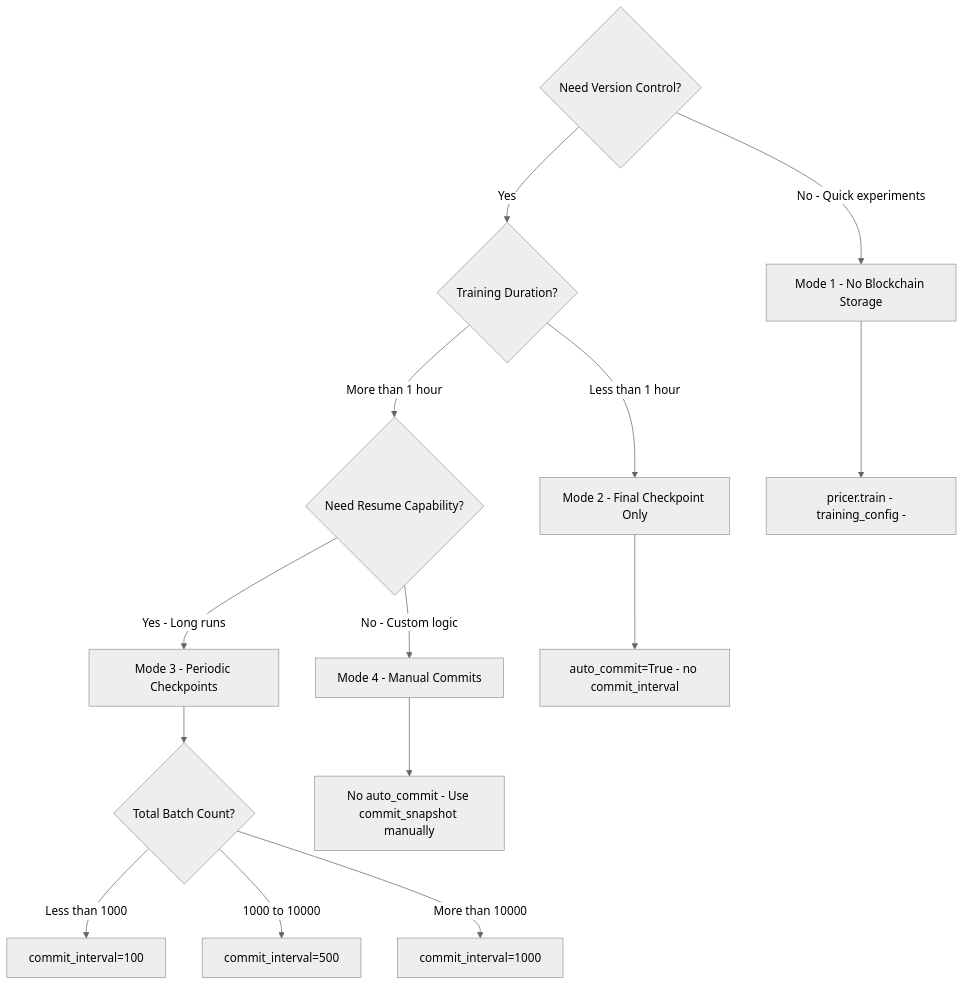
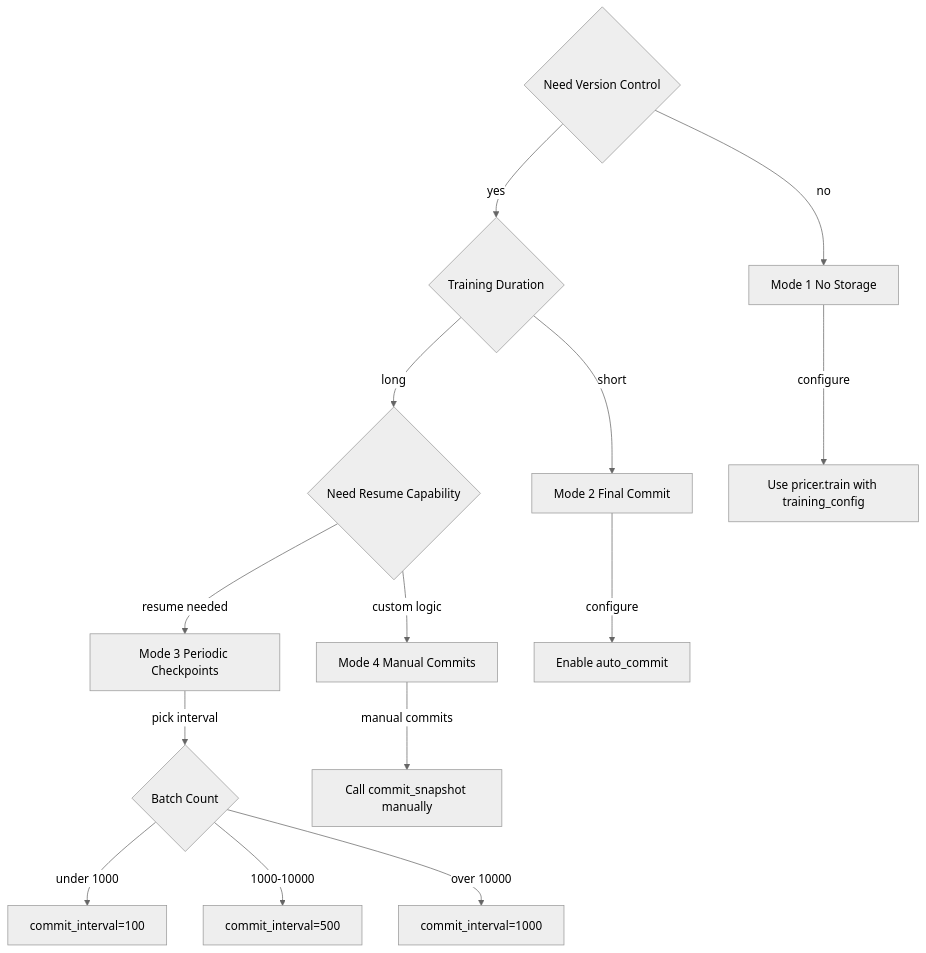
One commit to Tuee22/SpectralMC changed the second of 3 diagrams in documents/product/training_integration.md. Above: the diagram before and after it, drawn with Mermaid (neutral theme). The commit also changed other lines of this file and 28 other files, not shown here.

````diff
--- a/documents/product/training_integration.md
+++ b/documents/product/training_integration.md
@@ -166,27 +174,27 @@
 ```mermaid
 flowchart TB
-  Start{Need Version Control?}
-  Duration{Training Duration?}
-  Resume{Need Resume Capability?}
+  Start{Need Version Control}
+  Duration{Training Duration}
+  Resume{Need Resume Capability}
 
-  NoStore[Mode 1 - No Blockchain Storage]
-  FinalOnly[Mode 2 - Final Checkpoint Only]
-  Periodic[Mode 3 - Periodic Checkpoints]
-  Manual[Mode 4 - Manual Commits]
+  NoStore[Mode 1 No Storage]
+  FinalOnly[Mode 2 Final Commit]
+  Periodic[Mode 3 Periodic Checkpoints]
+  Manual[Mode 4 Manual Commits]
 
-  Start -->|No - Quick experiments| NoStore
-  Start -->|Yes| Duration
-  Duration -->|Less than 1 hour| FinalOnly
-  Duration -->|More than 1 hour| Resume
-  Resume -->|Yes - Long runs| Periodic
-  Resume -->|No - Custom logic| Manual
+  Start -->|no| NoStore
+  Start -->|yes| Duration
+  Duration -->|short| FinalOnly
+  Duration -->|long| Resume
+  Resume -->|resume needed| Periodic
+  Resume -->|custom logic| Manual
 
-  NoStore --> ConfigNoStore[pricer.train - training_config -]
-  FinalOnly --> ConfigFinal[auto_commit=True - no commit_interval]
-  Periodic --> ChooseInterval{Total Batch Count?}
-  Manual --> ConfigManual[No auto_commit - Use commit_snapshot manually]
+  NoStore -->|configure| ConfigNoStore[Use pricer.train with training_config]
+  FinalOnly -->|configure| ConfigFinal[Enable auto_commit]
+  Periodic -->|pick interval| ChooseInterval{Batch Count}
+  Manual -->|manual commits| ConfigManual[Call commit_snapshot manually]
 
-  ChooseInterval -->|Less than 1000| Interval100[commit_interval=100]
-  ChooseInterval -->|1000 to 10000| Interval500[commit_interval=500]
-  ChooseInterval -->|More than 10000| Interval1000[commit_interval=1000]
+  ChooseInterval -->|under 1000| Interval100[commit_interval=100]
+  ChooseInterval -->|1000-10000| Interval500[commit_interval=500]
+  ChooseInterval -->|over 10000| Interval1000[commit_interval=1000]
 ```
````
